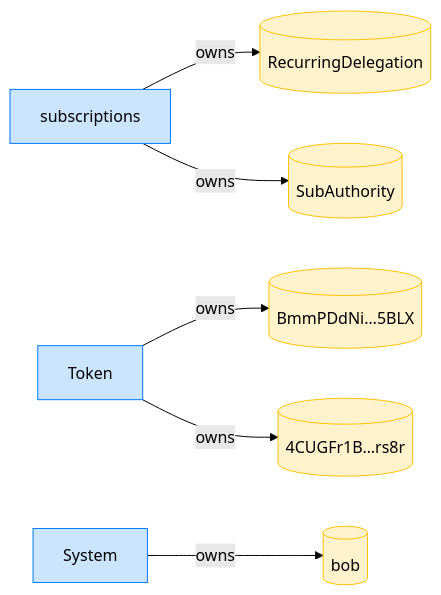
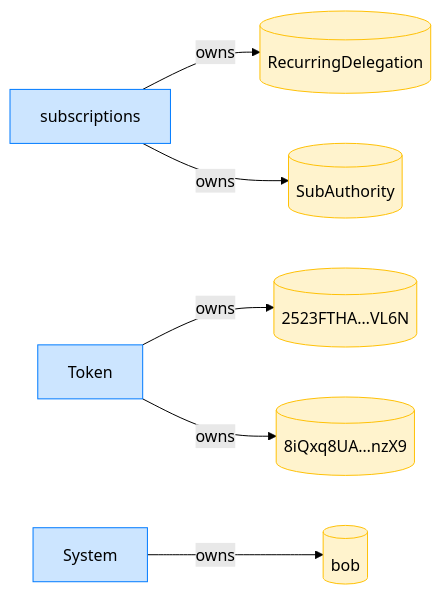
Before and after one commit to cds-rs/subscriptions: diagram 28 of 28 in dsl_tests/recurring-transfer-after-a-token-revoke-is-refused-until-re-approved-for-the-max.md, drawn with Mermaid (forest theme). The commit also changed other lines of this file and 224 other files, not shown here.

````diff
--- a/dsl_tests/recurring-transfer-after-a-token-revoke-is-refused-until-re-approved-for-the-max.md
+++ b/dsl_tests/recurring-transfer-after-a-token-revoke-is-refused-until-re-approved-for-the-max.md
@@ -565,18 +590,18 @@
 ```mermaid
 flowchart LR
     classDef owner fill:#cce5ff,stroke:#007bff;
     classDef account fill:#fff3cd,stroke:#ffc107;
     subscriptions[subscriptions]:::owner
     RecurringDelegation[(RecurringDelegation)]:::account
     SubAuthority[(SubAuthority)]:::account
     Token[Token]:::owner
-    BmmPDdNi_5BLX[("BmmPDdNi…5BLX")]:::account
-    4CUGFr1B_rs8r[("4CUGFr1B…rs8r")]:::account
+    2523FTHA_VL6N[("2523FTHA…VL6N")]:::account
+    8iQxq8UA_nzX9[("8iQxq8UA…nzX9")]:::account
     System[System]:::owner
     bob[(bob)]:::account
     subscriptions -->|owns| RecurringDelegation
     subscriptions -->|owns| SubAuthority
-    Token -->|owns| BmmPDdNi_5BLX
-    Token -->|owns| 4CUGFr1B_rs8r
+    Token -->|owns| 2523FTHA_VL6N
+    Token -->|owns| 8iQxq8UA_nzX9
     System -->|owns| bob
 ```
````
